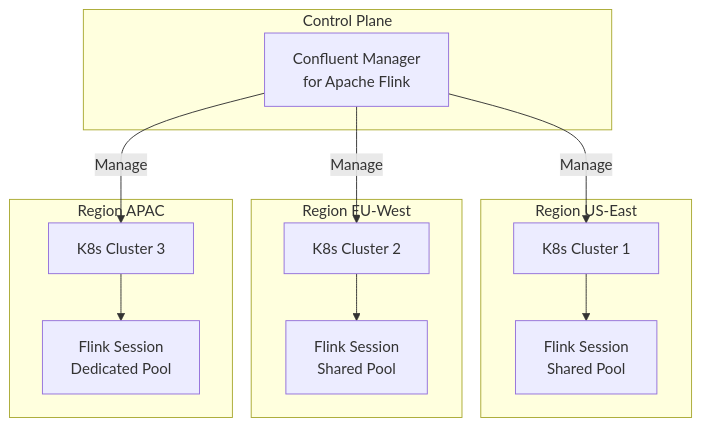
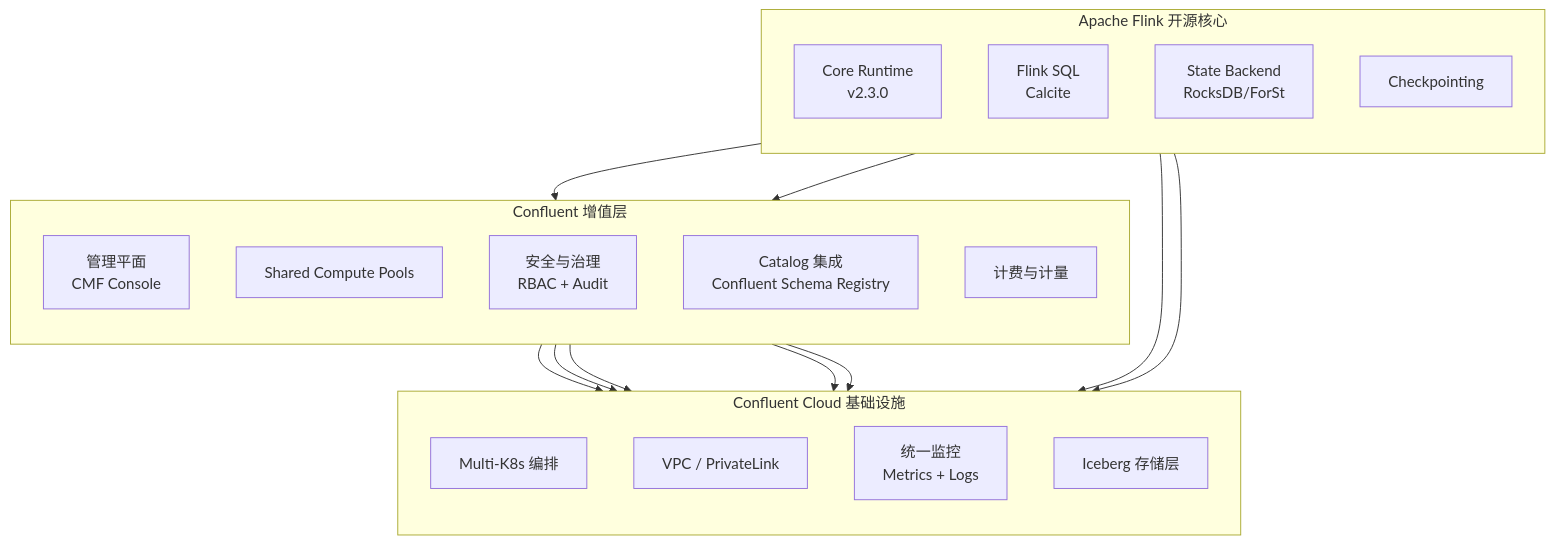
One commit to AdaMartin18010/AnalysisDataFlow changed the first of 3 diagrams in Flink/05-ecosystem/ecosystem/confluent-flink-2.3-commercial.md. Above: the diagram before and after it, drawn with Mermaid. The commit also changed other lines of this file, not shown here.

````diff
--- a/Flink/05-ecosystem/ecosystem/confluent-flink-2.3-commercial.md
+++ b/Flink/05-ecosystem/ecosystem/confluent-flink-2.3-commercial.md
@@ -249,28 +240,38 @@
 ```mermaid
 graph TB
-    subgraph "Control Plane"
-        CMF[Confluent Manager<br/>for Apache Flink]
+    subgraph "Apache Flink 开源核心"
+        direction TB
+        FL_CORE[Core Runtime<br/>v2.3.0]
+        FL_SQL[Flink SQL<br/>Calcite]
+        FL_STATE[State Backend<br/>RocksDB/ForSt]
+        FL_CKPT[Checkpointing]
     end
 
-    subgraph "Region US-East"
-        K1[K8s Cluster 1]
-        F1[Flink Session<br/>Shared Pool]
+    subgraph "Confluent 增值层"
+        direction TB
+        CF_MGMT[管理平面<br/>CMF Console]
+        CF_POOL[Shared Compute Pools]
+        CF_SEC[安全与治理<br/>RBAC + Audit]
+        CF_CAT[Catalog 集成<br/>Confluent Schema Registry]
+        CF_BILL[计费与计量]
     end
 
-    subgraph "Region EU-West"
-        K2[K8s Cluster 2]
-        F2[Flink Session<br/>Shared Pool]
+    subgraph "Confluent Cloud 基础设施"
+        direction TB
+        CC_K8S[Multi-K8s 编排]
+        CC_NET[VPC / PrivateLink]
+        CC_MON[统一监控<br/>Metrics + Logs]
+        CC_ICE[Iceberg 存储层]
     end
 
-    subgraph "Region APAC"
-        K3[K8s Cluster 3]
-        F3[Flink Session<br/>Dedicated Pool]
-    end
+    FL_CORE --> CF_POOL
+    FL_SQL --> CF_MGMT
+    FL_STATE --> CC_ICE
+    FL_CKPT --> CC_MON
 
-    CMF -->|Manage| K1
-    CMF -->|Manage| K2
-    CMF -->|Manage| K3
-    K1 --> F1
-    K2 --> F2
-    K3 --> F3
+    CF_MGMT --> CC_K8S
+    CF_POOL --> CC_K8S
+    CF_SEC --> CC_NET
+    CF_CAT --> CC_MON
+    CF_BILL --> CC_MON
 ```
````
